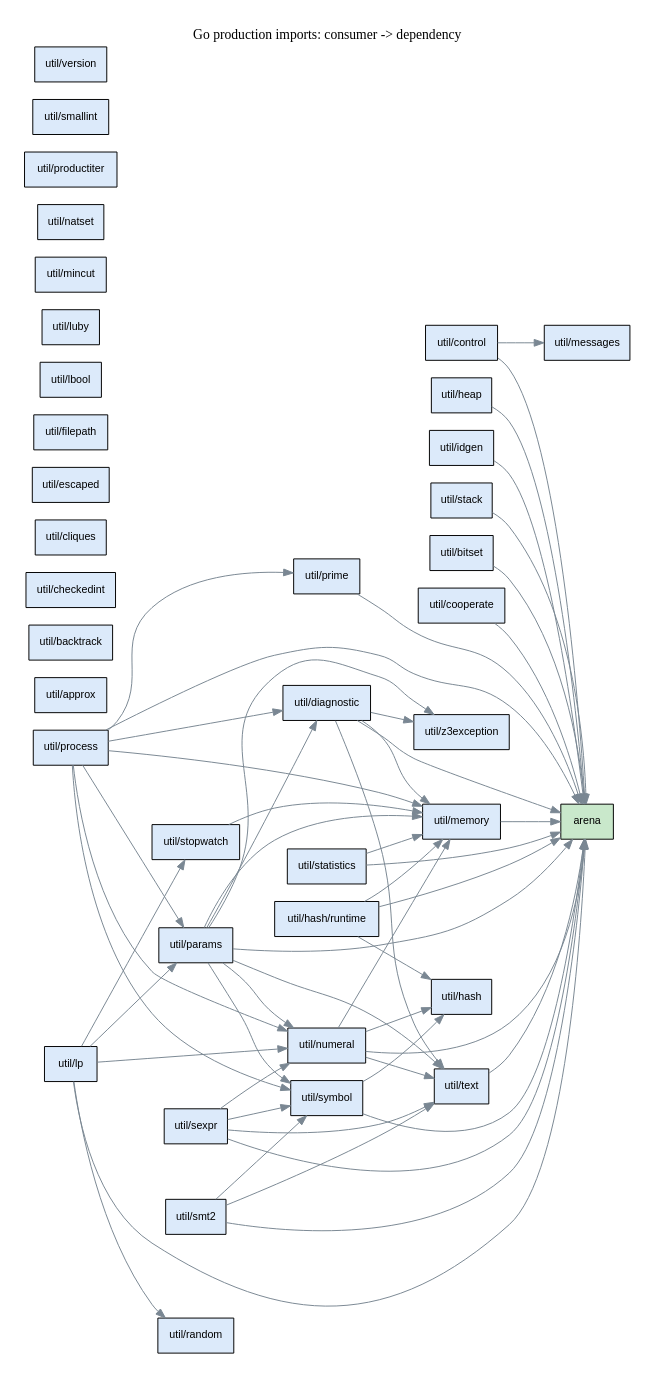
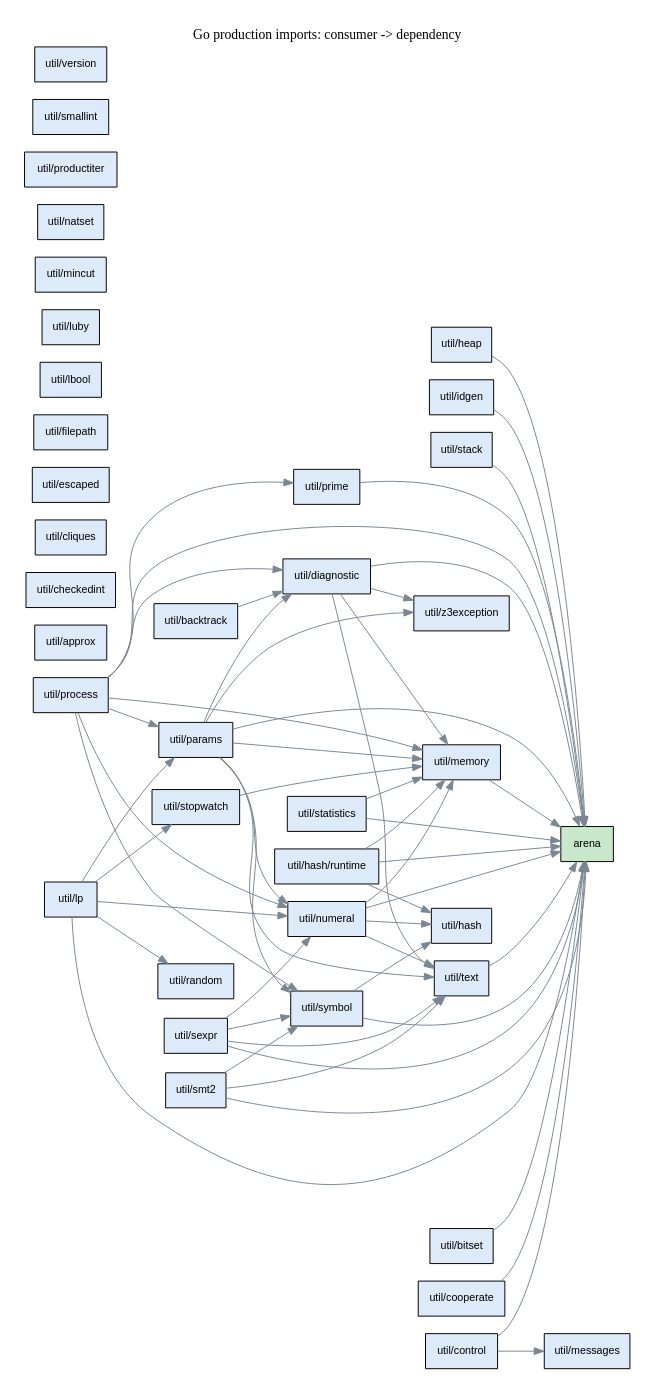
The diagram in doc/util_dependencies.dot (glycerine/g3-preview), drawn with Graphviz before and after one commit. The commit also changed 8 other files, not shown here.

```diff
--- a/doc/util_dependencies.dot
+++ b/doc/util_dependencies.dot
@@ -1,98 +1,99 @@
 digraph packages {
   rankdir=LR;
   graph [bgcolor=white, pad=0.25];
   node [shape=box, fontname="sans-serif", fontsize=11];
   edge [color="#7a8793"];
   label="Go production imports: consumer -> dependency";
   labelloc=t;
   "arena" [style=filled, fillcolor="#c9e8cb"];
   "util/approx" [style=filled, fillcolor="#dceafa"];
   "util/backtrack" [style=filled, fillcolor="#dceafa"];
+  "util/backtrack" -> "util/diagnostic";
   "util/bitset" [style=filled, fillcolor="#dceafa"];
   "util/bitset" -> "arena";
   "util/checkedint" [style=filled, fillcolor="#dceafa"];
   "util/cliques" [style=filled, fillcolor="#dceafa"];
   "util/control" [style=filled, fillcolor="#dceafa"];
   "util/control" -> "arena";
   "util/control" -> "util/messages";
   "util/cooperate" [style=filled, fillcolor="#dceafa"];
   "util/cooperate" -> "arena";
   "util/diagnostic" [style=filled, fillcolor="#dceafa"];
   "util/diagnostic" -> "arena";
   "util/diagnostic" -> "util/memory";
   "util/diagnostic" -> "util/text";
   "util/diagnostic" -> "util/z3exception";
   "util/escaped" [style=filled, fillcolor="#dceafa"];
   "util/filepath" [style=filled, fillcolor="#dceafa"];
   "util/hash" [style=filled, fillcolor="#dceafa"];
   "util/hash/runtime" [style=filled, fillcolor="#dceafa"];
   "util/hash/runtime" -> "arena";
   "util/hash/runtime" -> "util/hash";
   "util/hash/runtime" -> "util/memory";
   "util/heap" [style=filled, fillcolor="#dceafa"];
   "util/heap" -> "arena";
   "util/idgen" [style=filled, fillcolor="#dceafa"];
   "util/idgen" -> "arena";
   "util/lbool" [style=filled, fillcolor="#dceafa"];
   "util/lp" [style=filled, fillcolor="#dceafa"];
   "util/lp" -> "arena";
   "util/lp" -> "util/numeral";
   "util/lp" -> "util/params";
   "util/lp" -> "util/random";
   "util/lp" -> "util/stopwatch";
   "util/luby" [style=filled, fillcolor="#dceafa"];
   "util/memory" [style=filled, fillcolor="#dceafa"];
   "util/memory" -> "arena";
   "util/messages" [style=filled, fillcolor="#dceafa"];
   "util/mincut" [style=filled, fillcolor="#dceafa"];
   "util/natset" [style=filled, fillcolor="#dceafa"];
   "util/numeral" [style=filled, fillcolor="#dceafa"];
   "util/numeral" -> "arena";
   "util/numeral" -> "util/hash";
   "util/numeral" -> "util/memory";
   "util/numeral" -> "util/text";
   "util/params" [style=filled, fillcolor="#dceafa"];
   "util/params" -> "arena";
   "util/params" -> "util/diagnostic";
   "util/params" -> "util/memory";
   "util/params" -> "util/numeral";
   "util/params" -> "util/symbol";
   "util/params" -> "util/text";
   "util/params" -> "util/z3exception";
   "util/prime" [style=filled, fillcolor="#dceafa"];
   "util/prime" -> "arena";
   "util/process" [style=filled, fillcolor="#dceafa"];
   "util/process" -> "arena";
   "util/process" -> "util/diagnostic";
   "util/process" -> "util/memory";
   "util/process" -> "util/numeral";
   "util/process" -> "util/params";
   "util/process" -> "util/prime";
   "util/process" -> "util/symbol";
   "util/productiter" [style=filled, fillcolor="#dceafa"];
   "util/random" [style=filled, fillcolor="#dceafa"];
   "util/sexpr" [style=filled, fillcolor="#dceafa"];
   "util/sexpr" -> "arena";
   "util/sexpr" -> "util/numeral";
   "util/sexpr" -> "util/symbol";
   "util/sexpr" -> "util/text";
   "util/smallint" [style=filled, fillcolor="#dceafa"];
   "util/smt2" [style=filled, fillcolor="#dceafa"];
   "util/smt2" -> "arena";
   "util/smt2" -> "util/symbol";
   "util/smt2" -> "util/text";
   "util/stack" [style=filled, fillcolor="#dceafa"];
   "util/stack" -> "arena";
   "util/statistics" [style=filled, fillcolor="#dceafa"];
   "util/statistics" -> "arena";
   "util/statistics" -> "util/memory";
   "util/stopwatch" [style=filled, fillcolor="#dceafa"];
   "util/stopwatch" -> "util/memory";
   "util/symbol" [style=filled, fillcolor="#dceafa"];
   "util/symbol" -> "arena";
   "util/symbol" -> "util/hash";
   "util/text" [style=filled, fillcolor="#dceafa"];
   "util/text" -> "arena";
   "util/version" [style=filled, fillcolor="#dceafa"];
   "util/z3exception" [style=filled, fillcolor="#dceafa"];
 }
```
